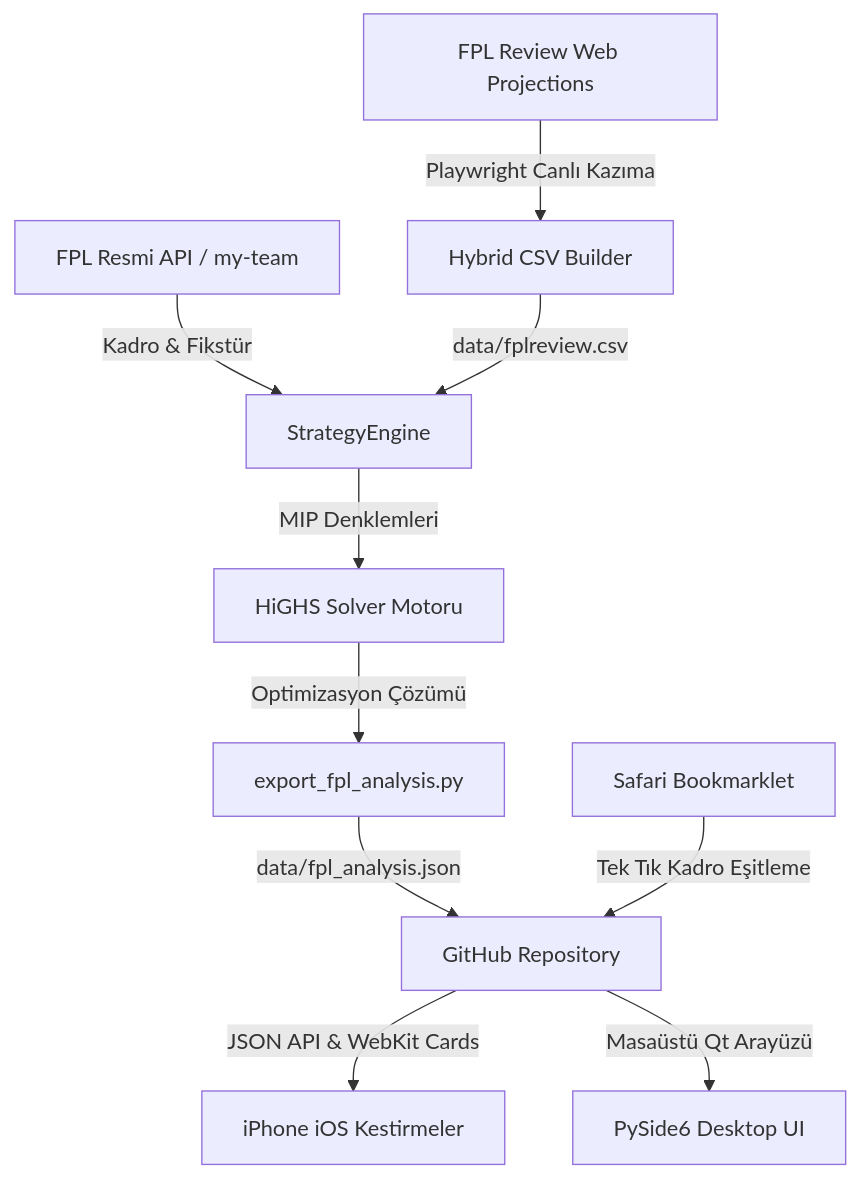
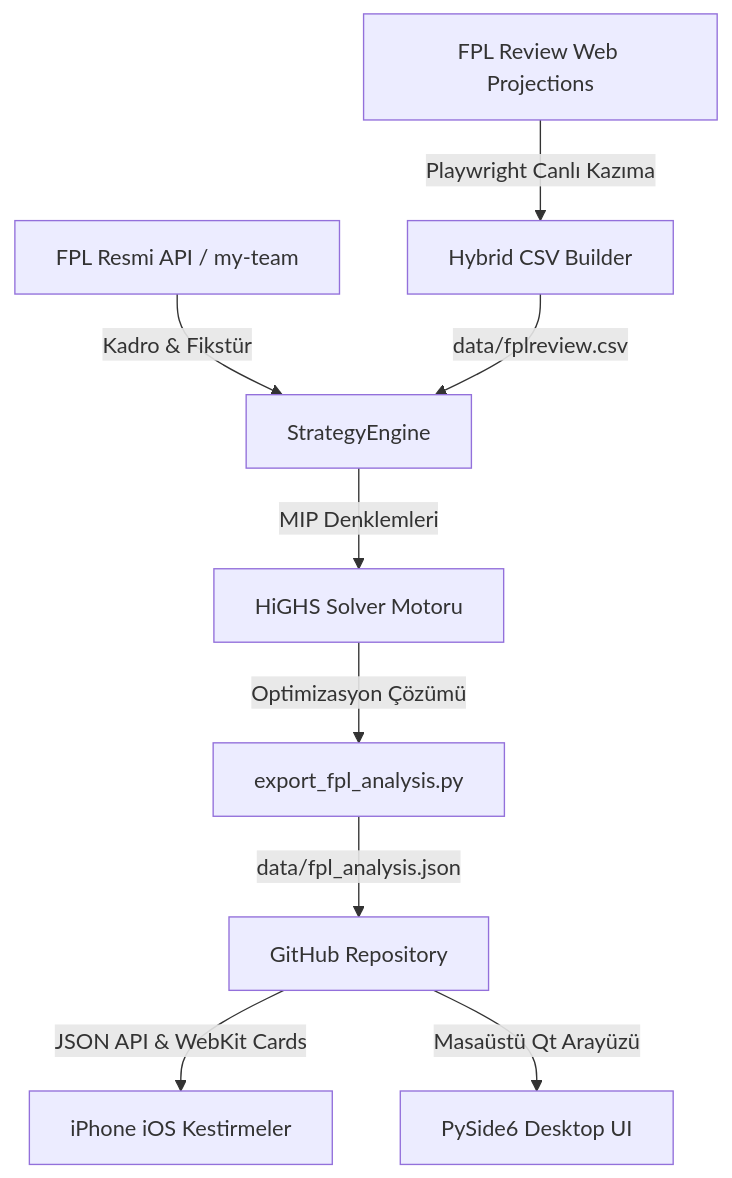
The diagram in README.md (Kraiser61/FPL-Helper), drawn with Mermaid before and after one commit. The commit also changed other lines of this file, not shown here.

Commit message:
docs: remove Safari bookmarklet references and clarify sync architecture

````diff
--- a/README.md
+++ b/README.md
@@ -59,15 +59,13 @@
 ```mermaid
 graph TD
     A[FPL Resmi API / my-team] -->|Kadro & Fikstür| D[StrategyEngine]
     B[FPL Review Web Projections] -->|Playwright Canlı Kazıma| C[Hybrid CSV Builder]
     C -->|data/fplreview.csv| D
     D -->|MIP Denklemleri| E[HiGHS Solver Motoru]
     E -->|Optimizasyon Çözümü| F[export_fpl_analysis.py]
     
     F -->|data/fpl_analysis.json| G[GitHub Repository]
     
     G -->|JSON API & WebKit Cards| H[iPhone iOS Kestirmeler]
     G -->|Masaüstü Qt Arayüzü| I[PySide6 Desktop UI]
-    
-    J[Safari Bookmarklet] -->|Tek Tık Kadro Eşitleme| G
 ```
````
